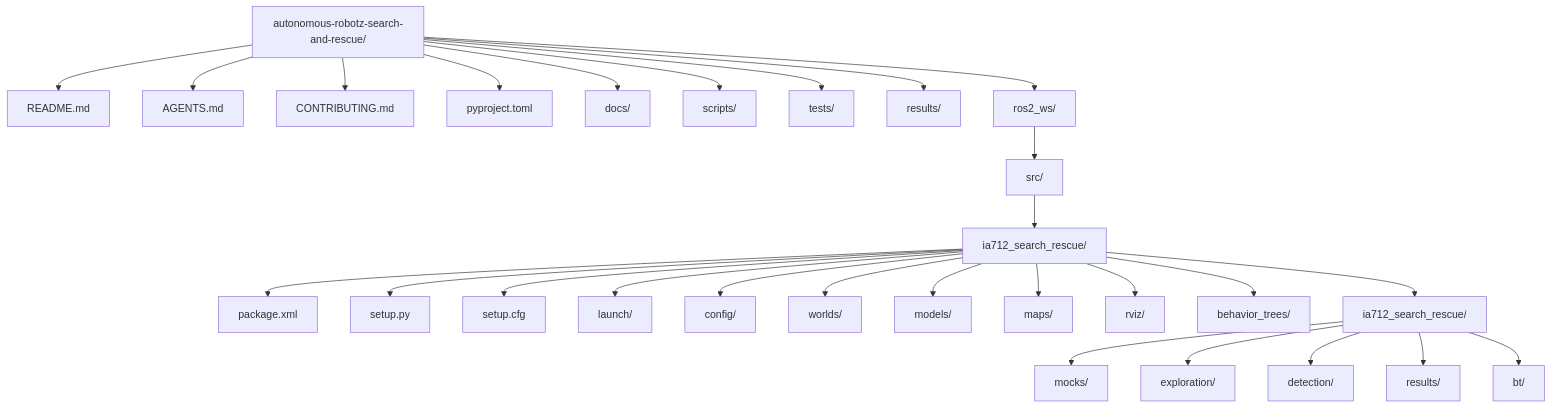
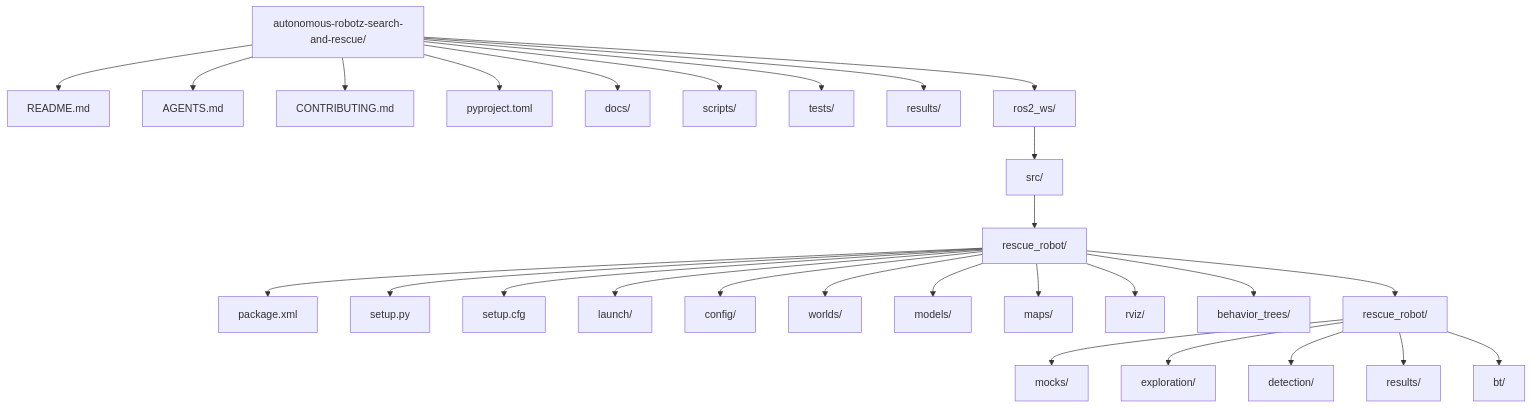
One commit to YiZeems/autonomous-search-and-rescue changed the first of 16 diagrams in docs/architecture_diagrams.md. Above: the diagram before and after it, drawn with Mermaid. The commit also changed other lines of this file and 16 other files, not shown here.

First line of the commit message:
docs: sync package names to rescue_robot/rescue_bringup, document TB4 pipeline + new errors

````diff
--- a/docs/architecture_diagrams.md
+++ b/docs/architecture_diagrams.md
@@ -11,35 +11,35 @@
 ```mermaid
 flowchart TD
     ROOT["autonomous-robotz-search-and-rescue/"]
 
     ROOT --> README["README.md"]
     ROOT --> AGENTS["AGENTS.md"]
     ROOT --> CONTRIB["CONTRIBUTING.md"]
     ROOT --> PYPROJECT["pyproject.toml"]
     ROOT --> DOCS["docs/"]
     ROOT --> SCRIPTS["scripts/"]
     ROOT --> TESTS["tests/"]
     ROOT --> RESULTS["results/"]
     ROOT --> ROSWS["ros2_ws/"]
 
     ROSWS --> SRC["src/"]
-    SRC --> PKG["ia712_search_rescue/"]
+    SRC --> PKG["rescue_robot/"]
 
     PKG --> PKGXML["package.xml"]
     PKG --> SETUPPY["setup.py"]
     PKG --> SETUPCFG["setup.cfg"]
     PKG --> LAUNCH["launch/"]
     PKG --> CONFIG["config/"]
     PKG --> WORLDS["worlds/"]
     PKG --> MODELS["models/"]
     PKG --> MAPS["maps/"]
     PKG --> RVIZ["rviz/"]
     PKG --> BTXML["behavior_trees/"]
-    PKG --> PYMOD["ia712_search_rescue/"]
+    PKG --> PYMOD["rescue_robot/"]
 
     PYMOD --> MOCKS["mocks/"]
     PYMOD --> EXPLORATION["exploration/"]
     PYMOD --> DETECTION["detection/"]
     PYMOD --> RESNODES["results/"]
     PYMOD --> BTNODE["bt/"]
 ```
````
